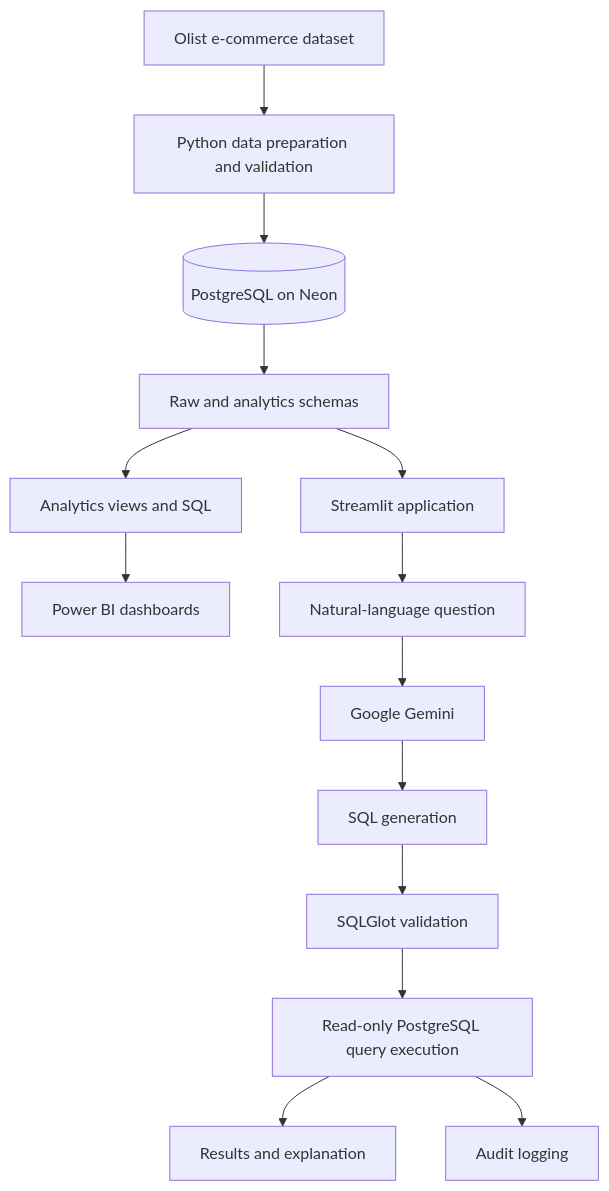
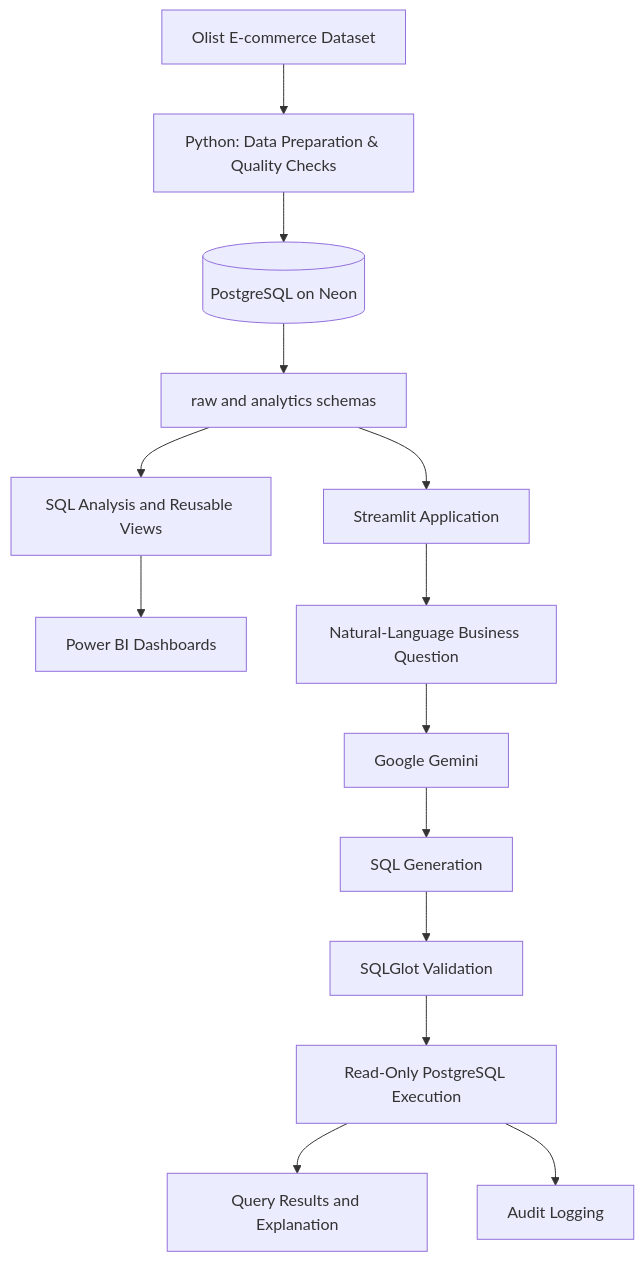
One commit to tabishahmad17/TrustLens changed the diagram in README.md. Above: the diagram before and after it, drawn with Mermaid. The commit also changed other lines of this file, not shown here.

````diff
--- a/README.md
+++ b/README.md
@@ -79,16 +111,16 @@
-~~~mermaid
+```mermaid
 flowchart TD
-    A["Olist e-commerce dataset"] --> B["Python data preparation and validation"]
+    A["Olist E-commerce Dataset"] --> B["Python: Data Preparation & Quality Checks"]
     B --> C[("PostgreSQL on Neon")]
-    C --> D["Raw and analytics schemas"]
-    D --> E["Analytics views and SQL"]
-    E --> F["Power BI dashboards"]
-    D --> G["Streamlit application"]
-    G --> H["Natural-language question"]
+    C --> D["raw and analytics schemas"]
+    D --> E["SQL Analysis and Reusable Views"]
+    E --> F["Power BI Dashboards"]
+    D --> G["Streamlit Application"]
+    G --> H["Natural-Language Business Question"]
     H --> I["Google Gemini"]
-    I --> J["SQL generation"]
-    J --> K["SQLGlot validation"]
-    K --> L["Read-only PostgreSQL query execution"]
-    L --> M["Results and explanation"]
-    L --> N["Audit logging"]
-~~~
+    I --> J["SQL Generation"]
+    J --> K["SQLGlot Validation"]
+    K --> L["Read-Only PostgreSQL Execution"]
+    L --> M["Query Results and Explanation"]
+    L --> N["Audit Logging"]
+```
````
